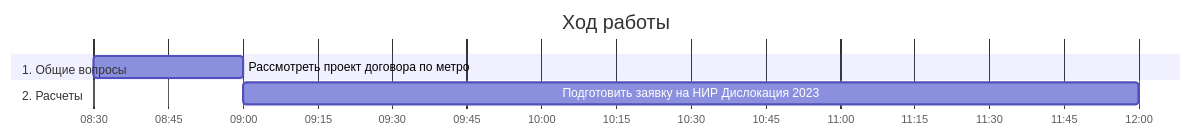
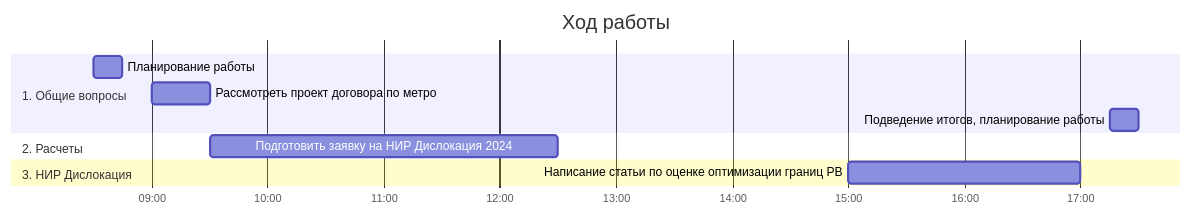
Before and after one commit to Obsidian-pb/ObsidianBlog: the diagram in posts/23-03/02/index.qmd, drawn with Mermaid. The commit also changed other lines of this file and 11 other files, not shown here.

````diff
--- a/posts/23-03/02/index.qmd
+++ b/posts/23-03/02/index.qmd
@@ -17,13 +17,17 @@
 ```{mermaid}
 gantt
     title Ход работы
     dateFormat HH:mm
     axisFormat %H:%M
    
     section 1. Общие вопросы
-    Рассмотреть проект договора по метро                :a1, 08:30, 30m
+    Планирование работы                                 :a0, 08:30, 15m
+    Рассмотреть проект договора по метро                :a1, 09:00, 30m
+    Подведение итогов, планирование работы              :a2, 17:15, 15m
         
     section 2. Расчеты
-    Подготовить заявку на НИР Дислокация 2023           :b1, after a1, 3h
+    Подготовить заявку на НИР Дислокация 2024           :b1, after a1, 3h
 
+    section 3. НИР Дислокация
+    Написание статьи по оценке оптимизации границ РВ    :c1, 15:00, 17:00
 ```
````
